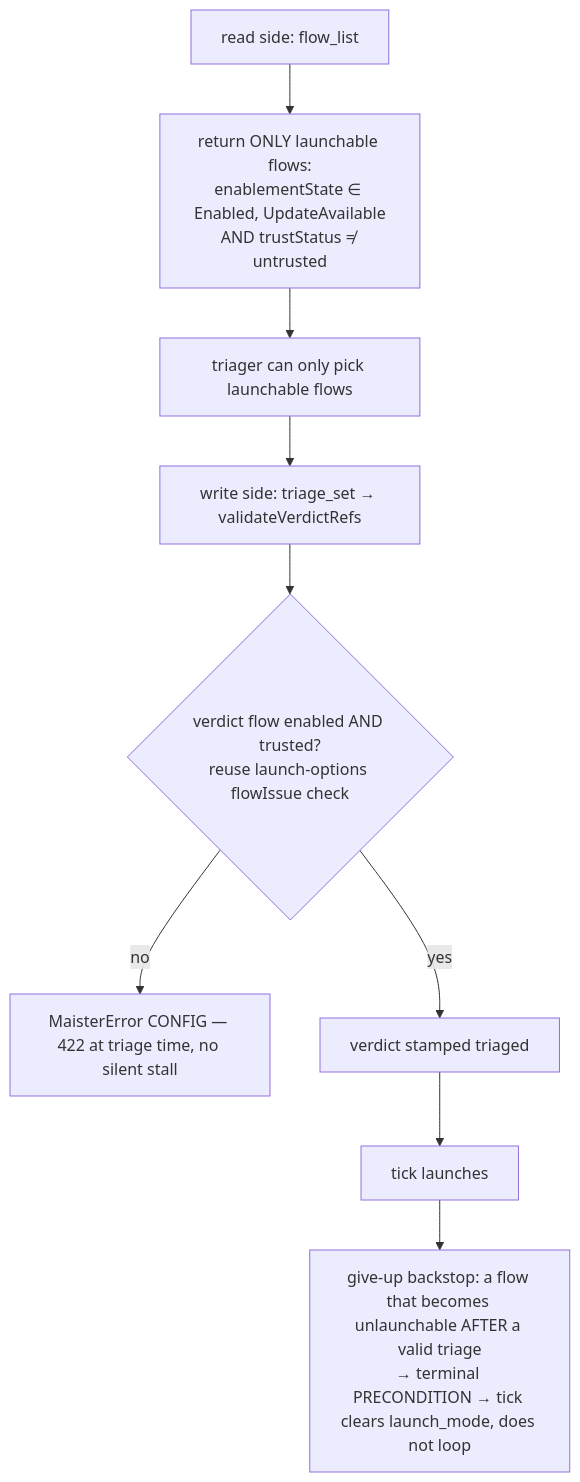
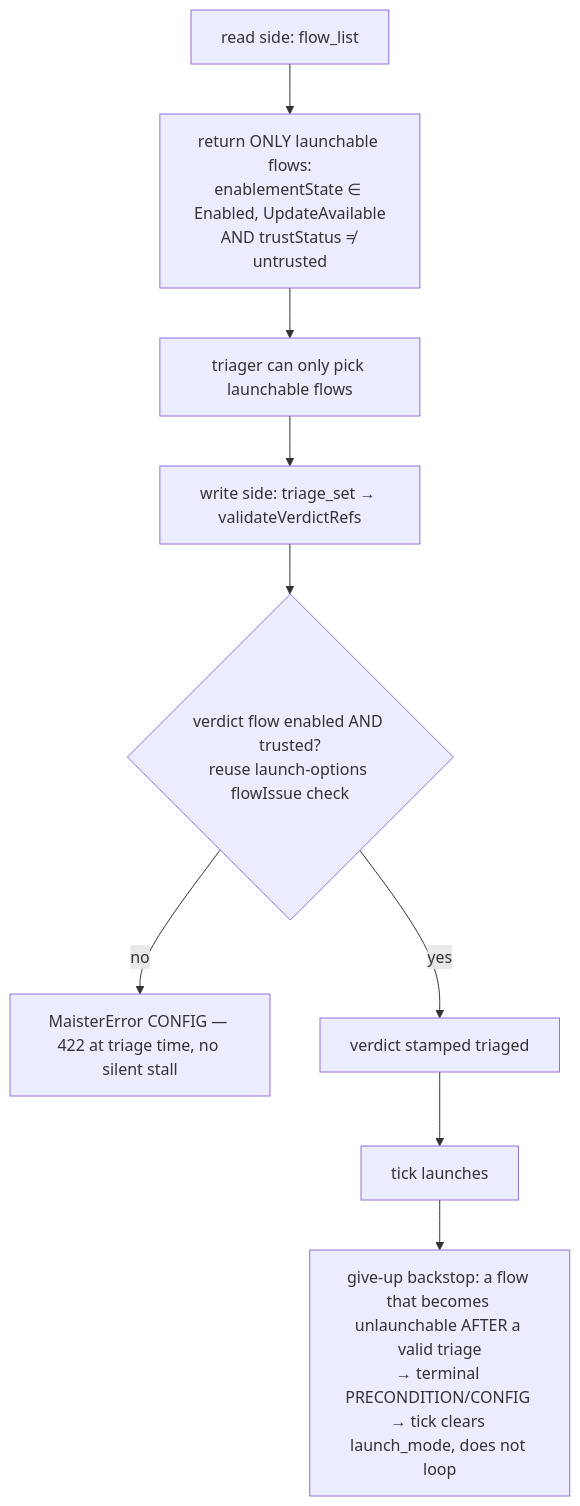
Before and after one commit to maister-dev/maister: the fourth of 4 diagrams in docs/system-analytics/triage.md, drawn with Mermaid. The commit also changed other lines of this file and 34 other files, not shown here.

First line of the commit message:
feat(triage,agents): ADR-111 triager config framework + review hardening

````diff
--- a/docs/system-analytics/triage.md
+++ b/docs/system-analytics/triage.md
@@ -185,11 +187,11 @@
 ```mermaid
 flowchart TD
     R[read side: flow_list] --> RF[return ONLY launchable flows:<br/>enablementState ∈ Enabled, UpdateAvailable<br/>AND trustStatus ≠ untrusted]
     RF --> AGENT[triager can only pick launchable flows]
     AGENT --> W[write side: triage_set → validateVerdictRefs]
     W --> WV{verdict flow enabled AND trusted?<br/>reuse launch-options flowIssue check}
     WV -- no --> CFG[MaisterError CONFIG — 422 at triage time, no silent stall]
     WV -- yes --> OK[verdict stamped triaged]
     OK --> TICK[tick launches]
-    TICK --> GB[give-up backstop: a flow that becomes unlaunchable AFTER a valid triage<br/>→ terminal PRECONDITION → tick clears launch_mode, does not loop]
+    TICK --> GB[give-up backstop: a flow that becomes unlaunchable AFTER a valid triage<br/>→ terminal PRECONDITION/CONFIG → tick clears launch_mode, does not loop]
 ```
````
